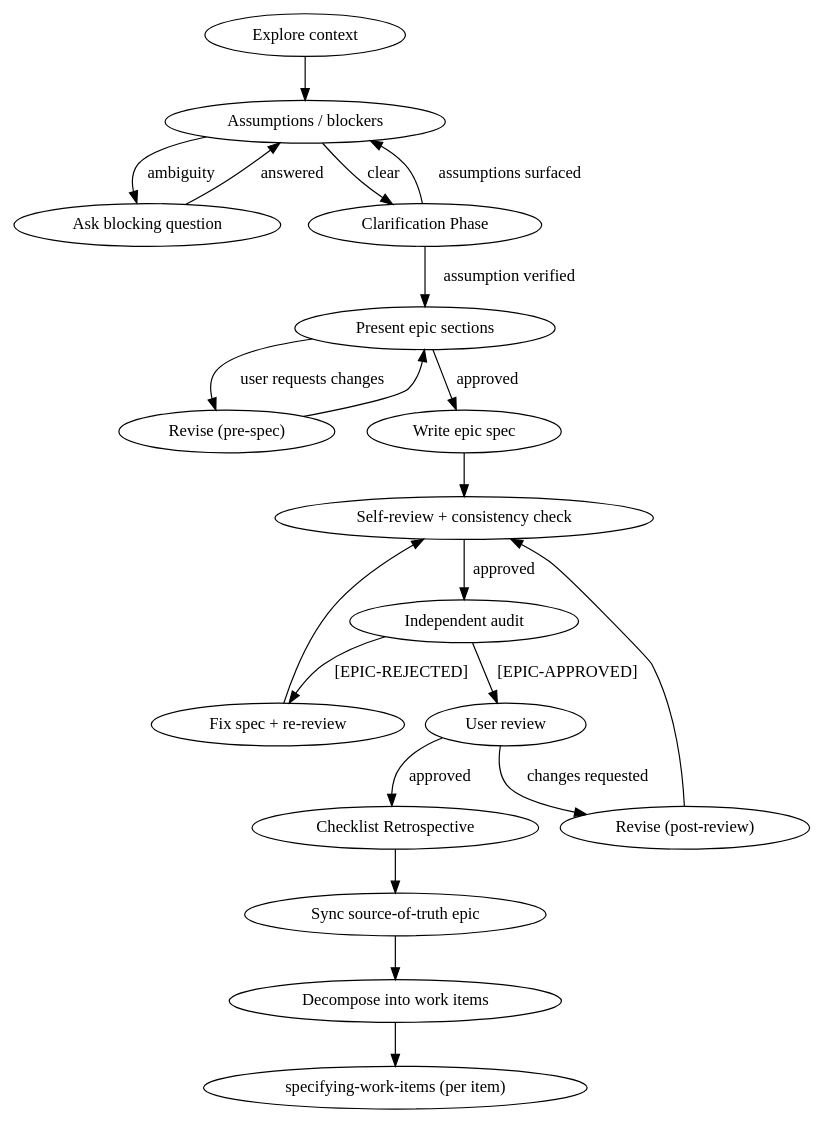
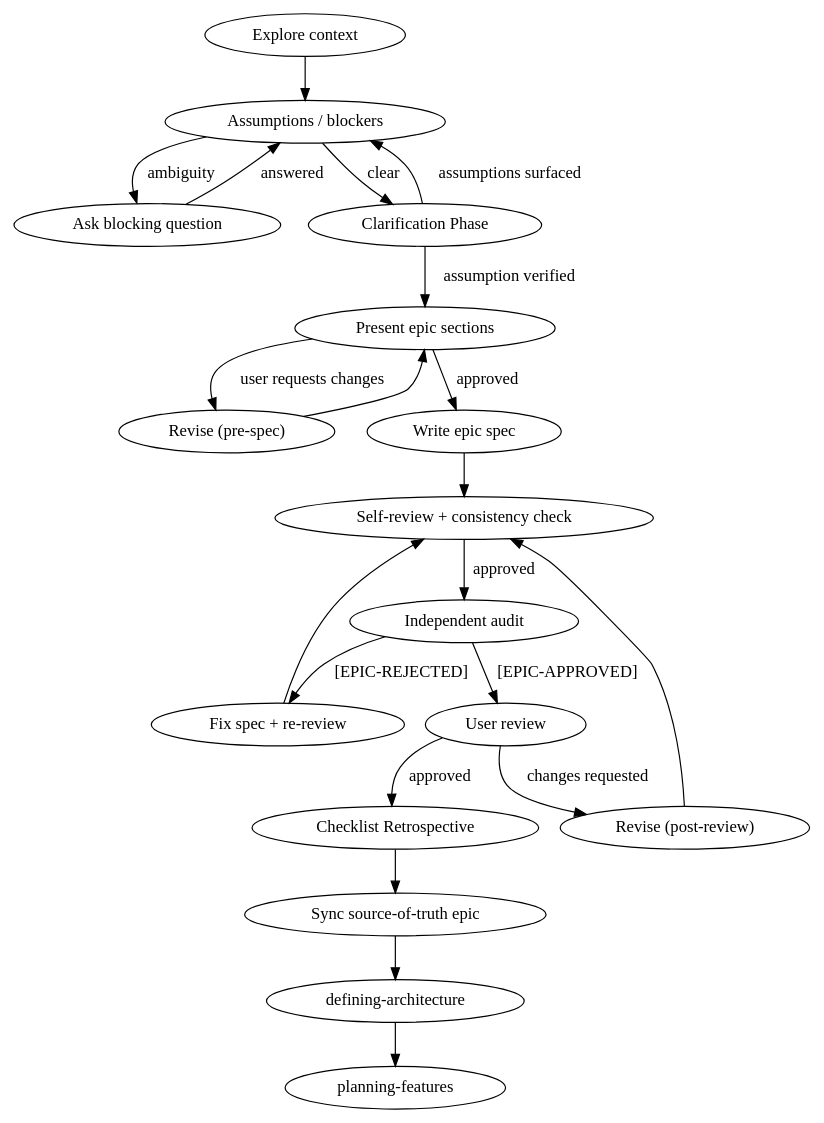
Before and after one commit to Itzalive/resistance-ai: the diagram in skills/specifying-epics/SKILL.md, drawn with Graphviz. The commit also changed other lines of this file and 4 other files, not shown here.

Commit message:
feat(25): specifying-epics breaks an epic into capabilities and hands off to defining-architecture

````diff
--- a/skills/specifying-epics/SKILL.md
+++ b/skills/specifying-epics/SKILL.md
@@ -178,24 +178,24 @@
 ```dot
 digraph specifying_epics {
     "Explore context" -> "Assumptions / blockers";
     "Assumptions / blockers" -> "Ask blocking question" [label="ambiguity"];
     "Ask blocking question" -> "Assumptions / blockers" [label="answered"];
     "Assumptions / blockers" -> "Clarification Phase" [label="clear"];
     "Clarification Phase" -> "Assumptions / blockers" [label="assumptions surfaced"];
     "Clarification Phase" -> "Present epic sections" [label="assumption verified"];
     "Present epic sections" -> "Revise (pre-spec)" [label="user requests changes"];
     "Revise (pre-spec)" -> "Present epic sections";
     "Present epic sections" -> "Write epic spec" [label="approved"];
     "Write epic spec" -> "Self-review + consistency check";
     "Self-review + consistency check" -> "Independent audit" [label="approved"];
     "Revise (post-review)" -> "Self-review + consistency check";
     "Independent audit" -> "Fix spec + re-review" [label="[EPIC-REJECTED]"];
     "Fix spec + re-review" -> "Self-review + consistency check";
     "Independent audit" -> "User review" [label="[EPIC-APPROVED]"];
     "User review" -> "Revise (post-review)" [label="changes requested"];
     "User review" -> "Checklist Retrospective" [label="approved"];
     "Checklist Retrospective" -> "Sync source-of-truth epic";
-    "Sync source-of-truth epic" -> "Decompose into work items";
-    "Decompose into work items" -> "specifying-work-items (per item)";
+    "Sync source-of-truth epic" -> "defining-architecture";
+    "defining-architecture" -> "planning-features";
 }
 ```
````
